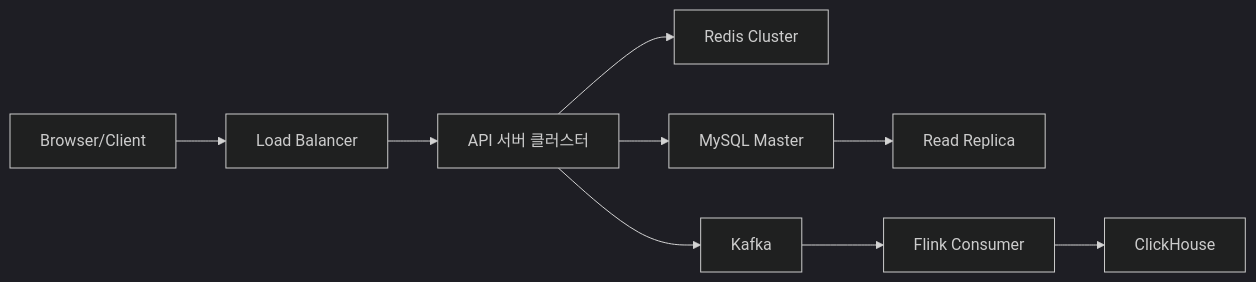
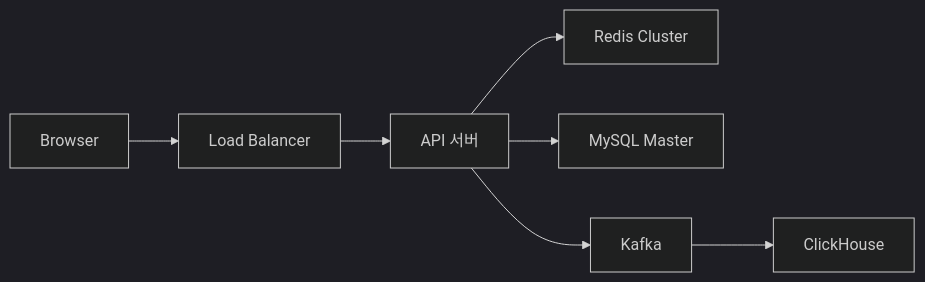
The third of 6 diagrams in _posts/systemdesign/2026-05-02-system-design-url-shortener.md (yjkim2015/yjkim2015.github.io), drawn with Mermaid (dark theme) before and after one commit. The commit also changed other lines of this file and 245 other files, not shown here.

First line of the commit message:
Mermaid 다이어그램 전면 수정 + 면접 포인트 접기/펼치기 + DB 데드락 페이지

````diff
--- a/_posts/systemdesign/2026-05-02-system-design-url-shortener.md
+++ b/_posts/systemdesign/2026-05-02-system-design-url-shortener.md
@@ -373,11 +373,9 @@
 ```mermaid
 graph LR
-    Client["Browser/Client"] --> LB["Load Balancer"]
-    LB --> API["API 서버 클러스터"]
+    Client["Browser"] --> LB["Load Balancer"]
+    LB --> API["API 서버"]
     API --> Redis["Redis Cluster"]
     API --> MySQL["MySQL Master"]
-    MySQL --> Replica["Read Replica"]
     API --> Kafka["Kafka"]
-    Kafka --> Flink["Flink Consumer"]
-    Flink --> CH["ClickHouse"]
+    Kafka --> CH["ClickHouse"]
 ```
````
